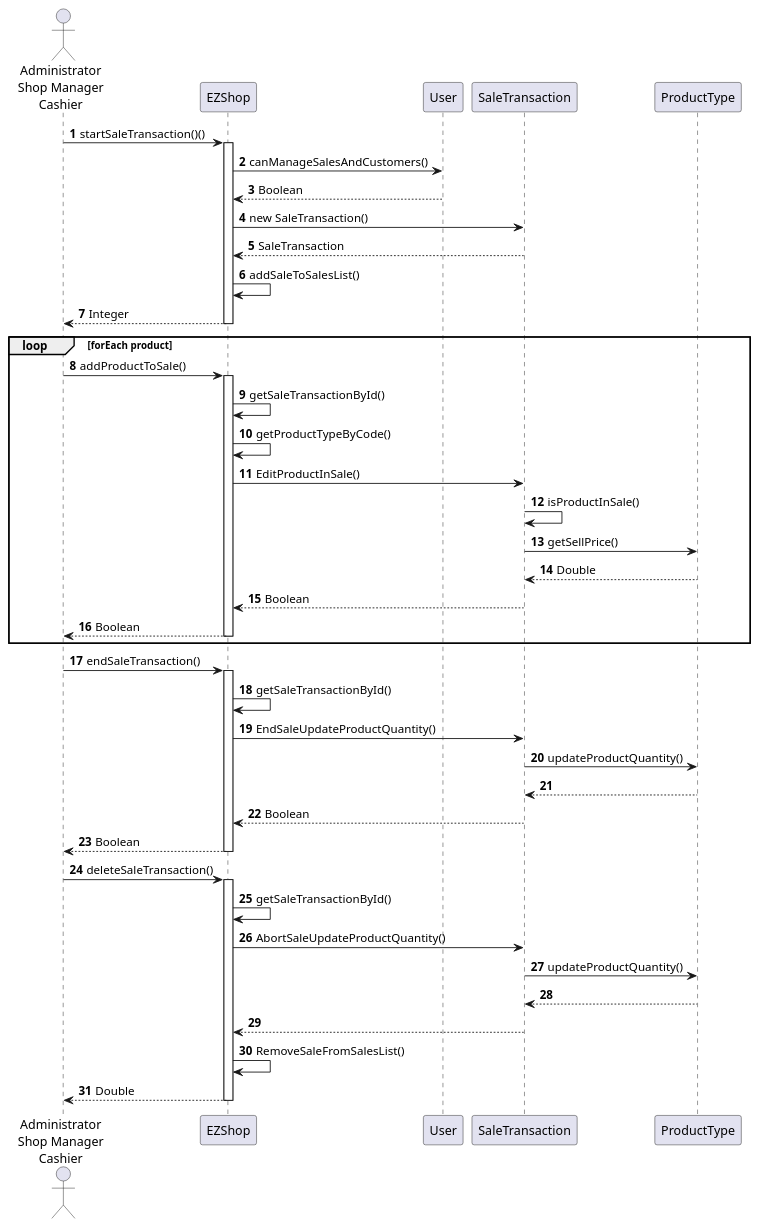
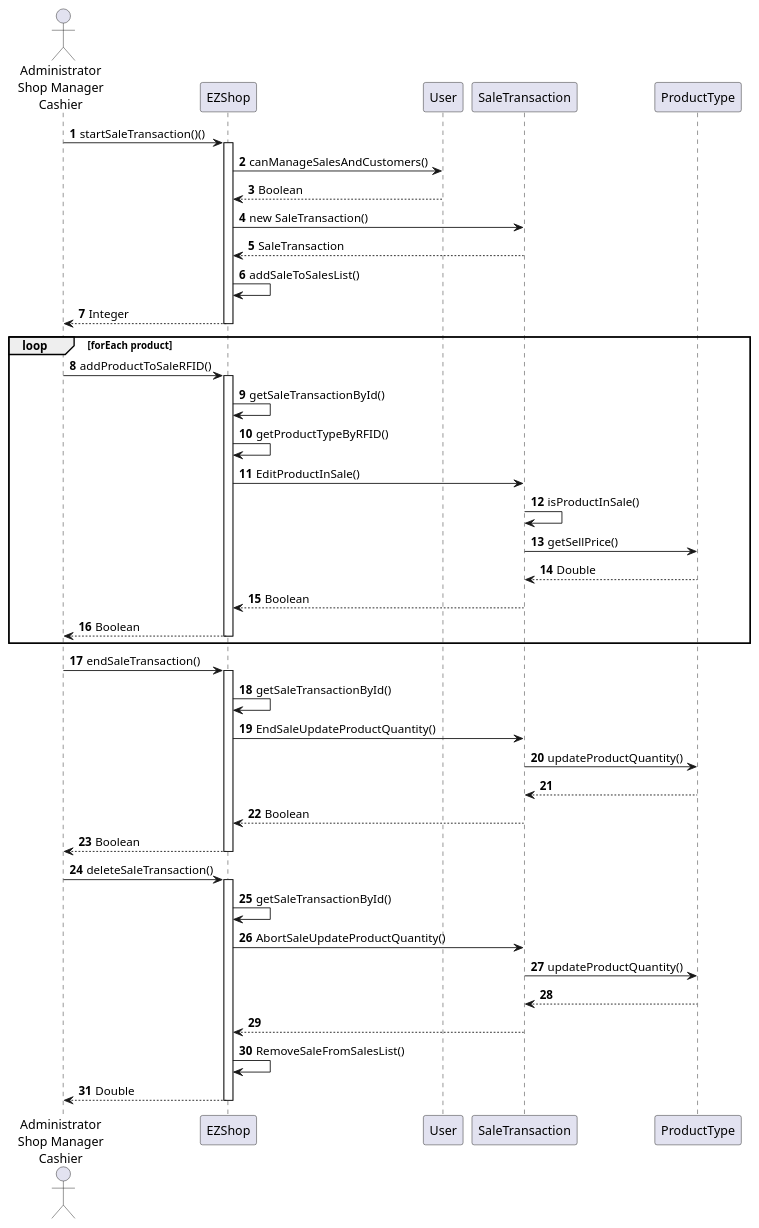
Before and after one commit to gioele-scaletta/EZShop-Software-Engineering-Project: diagram 16 of 20 in Deliverables/DesignDocument.md, drawn with PlantUML.

````diff
--- a/Deliverables/DesignDocument.md
+++ b/Deliverables/DesignDocument.md
@@ -607,57 +607,57 @@
 ```plantuml
 actor "Administrator\nShop Manager\nCashier" as user
 
 autonumber
 
 user -> EZShop : startSaleTransaction()()
 activate  EZShop
 EZShop -> User : canManageSalesAndCustomers()
 EZShop <-- User : Boolean
 EZShop -> SaleTransaction : new SaleTransaction()
 EZShop <-- SaleTransaction : SaleTransaction
 EZShop -> EZShop : addSaleToSalesList()
 user <-- EZShop : Integer
 deactivate EZShop
 
 loop forEach product
-    user -> EZShop : addProductToSale()
+    user -> EZShop : addProductToSaleRFID()
     activate  EZShop
     'EZShop -> User : canManageSalesAndCustomers()
     'EZShop <-- User : Boolean
     EZShop -> EZShop : getSaleTransactionById()
-    EZShop-> EZShop : getProductTypeByCode()
+    EZShop-> EZShop : getProductTypeByRFID()
     EZShop -> SaleTransaction : EditProductInSale()
     SaleTransaction -> SaleTransaction : isProductInSale()
     SaleTransaction -> ProductType : getSellPrice()
     SaleTransaction <-- ProductType : Double
     EZShop <-- SaleTransaction : Boolean
     user <-- EZShop : Boolean
     deactivate EZShop
 end
 
 user -> EZShop : endSaleTransaction()
 activate  EZShop
 'EZShop -> User : canManageSalesAndCustomers()
 'EZShop <-- User : Boolean
 EZShop -> EZShop : getSaleTransactionById()
 EZShop -> SaleTransaction : EndSaleUpdateProductQuantity()
 SaleTransaction -> ProductType : updateProductQuantity()
 SaleTransaction <-- ProductType 
 EZShop <-- SaleTransaction : Boolean
 user <-- EZShop : Boolean
 deactivate EZShop
 
 user -> EZShop : deleteSaleTransaction()
 activate  EZShop
 'EZShop -> User : canManageSalesAndCustomers()
 'EZShop <-- User : Boolean
 EZShop -> EZShop : getSaleTransactionById()
 EZShop -> SaleTransaction : AbortSaleUpdateProductQuantity()
 SaleTransaction -> ProductType : updateProductQuantity()
 SaleTransaction <-- ProductType 
 EZShop <-- SaleTransaction 
 EZShop->EZShop : RemoveSaleFromSalesList()
 user <-- EZShop : Double
 deactivate EZShop
 
 ```
````
